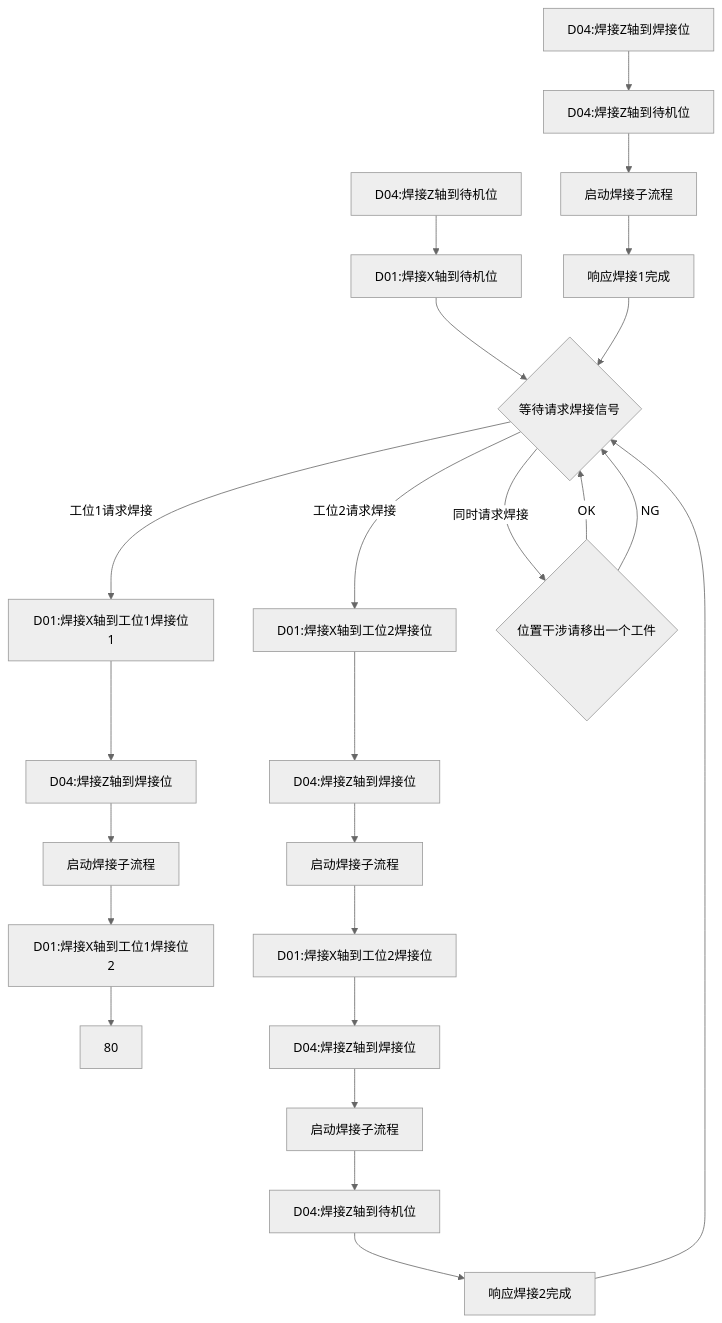
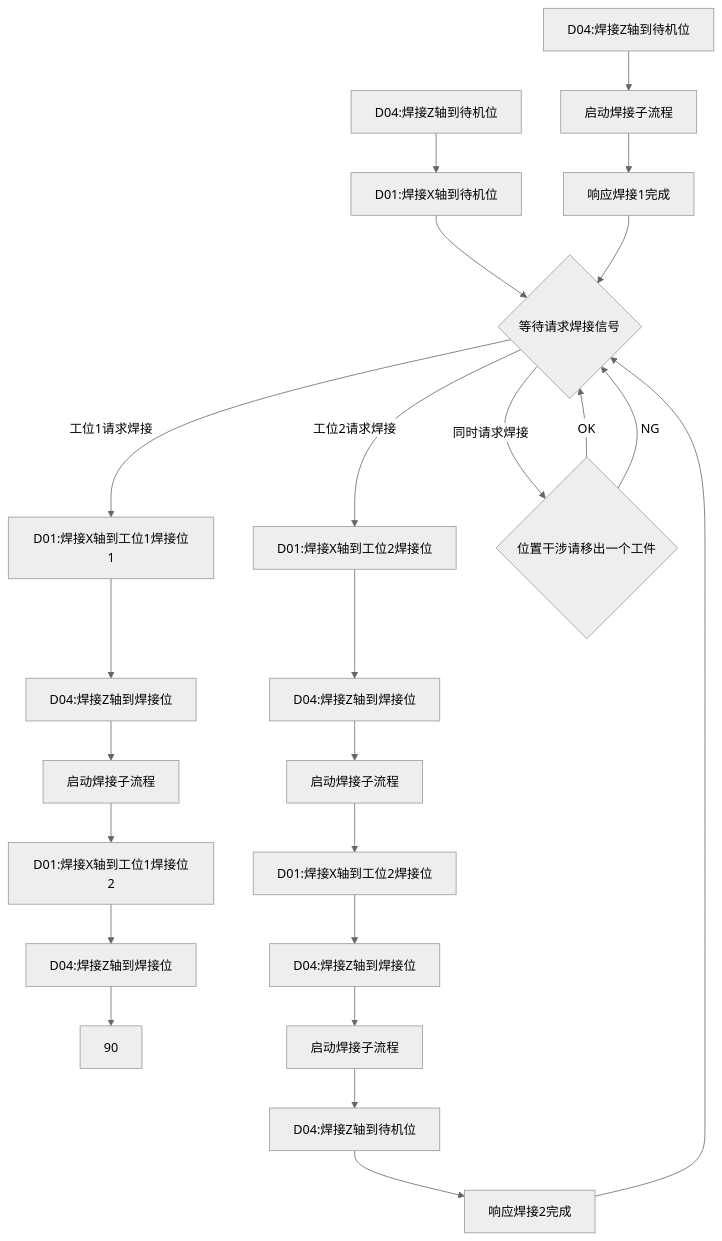
Before and after one commit to PengKun1/iodraw-files: the diagram in all/OP20-1焊接工位自动流程.md, drawn with Mermaid (neutral theme).

Commit message:
2024-08-07 14:12:46 update

````diff
--- a/all/OP20-1焊接工位自动流程.md
+++ b/all/OP20-1焊接工位自动流程.md
@@ -1,26 +1,26 @@
 ```mermaid
 graph TD
 10[D04:焊接Z轴到待机位]-->20
 20[D01:焊接X轴到待机位]-->30
 30{等待请求焊接信号}-->|工位1请求焊接|40
 30-->|工位2请求焊接|200
 30-->|同时请求焊接|900
 40[D01:焊接X轴到工位1焊接位1]-->50
 50[D04:焊接Z轴到焊接位]-->60
 60[启动焊接子流程]-->70
 70[D01:焊接X轴到工位1焊接位2]-->80
-90[D04:焊接Z轴到焊接位]-->100
+80[D04:焊接Z轴到焊接位]-->90
 100[D04:焊接Z轴到待机位]-->110
 110[启动焊接子流程]-->120
 120[响应焊接1完成]-->30
 200[D01:焊接X轴到工位2焊接位]-->210
 210[D04:焊接Z轴到焊接位]-->220
 220[启动焊接子流程]-->230
 230[D01:焊接X轴到工位2焊接位]-->240
 240[D04:焊接Z轴到焊接位]-->250
 250[启动焊接子流程]-->260
 260[D04:焊接Z轴到待机位]-->270
 270[响应焊接2完成]-->30
 900{位置干涉请移出一个工件}-->|OK|30
 900-->|NG|30
 ```
````
